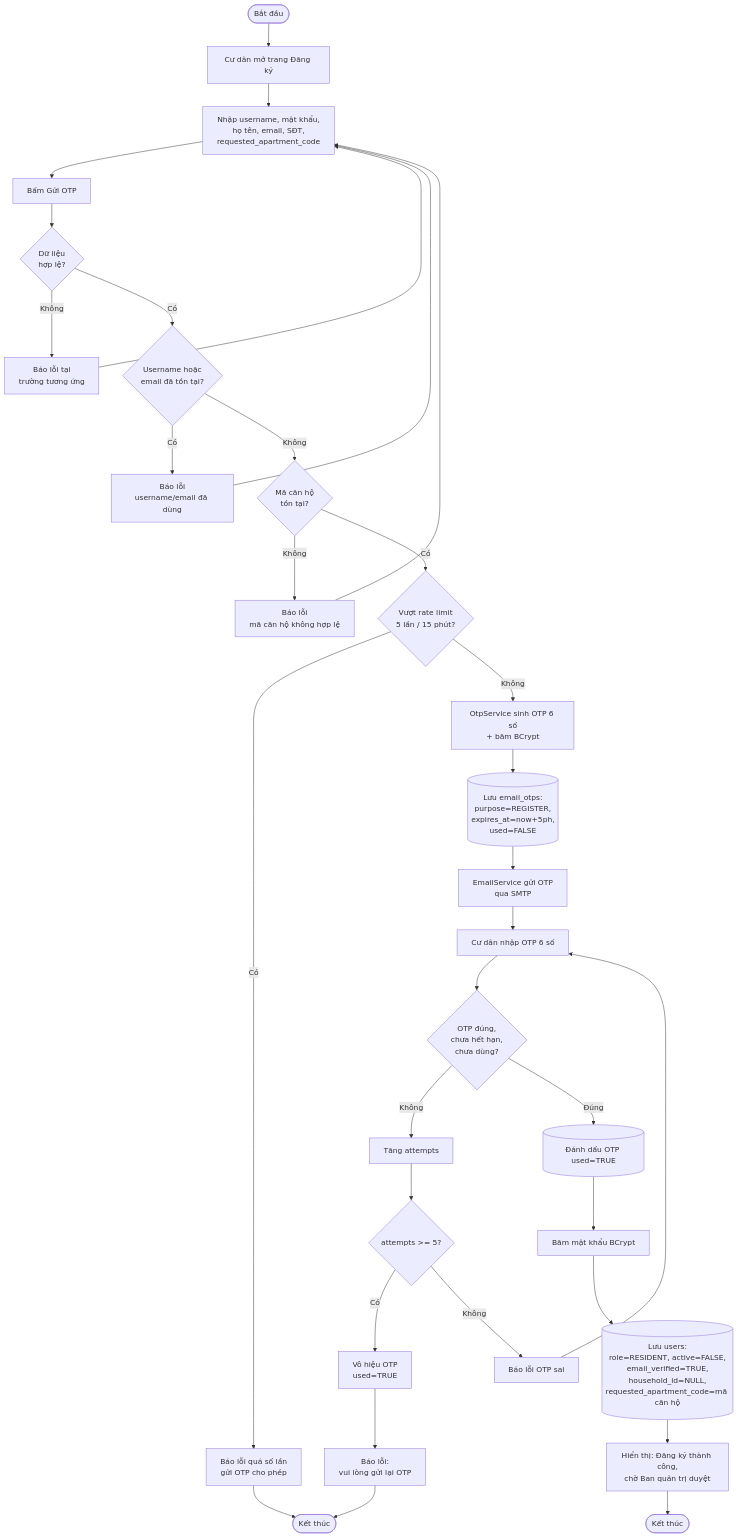
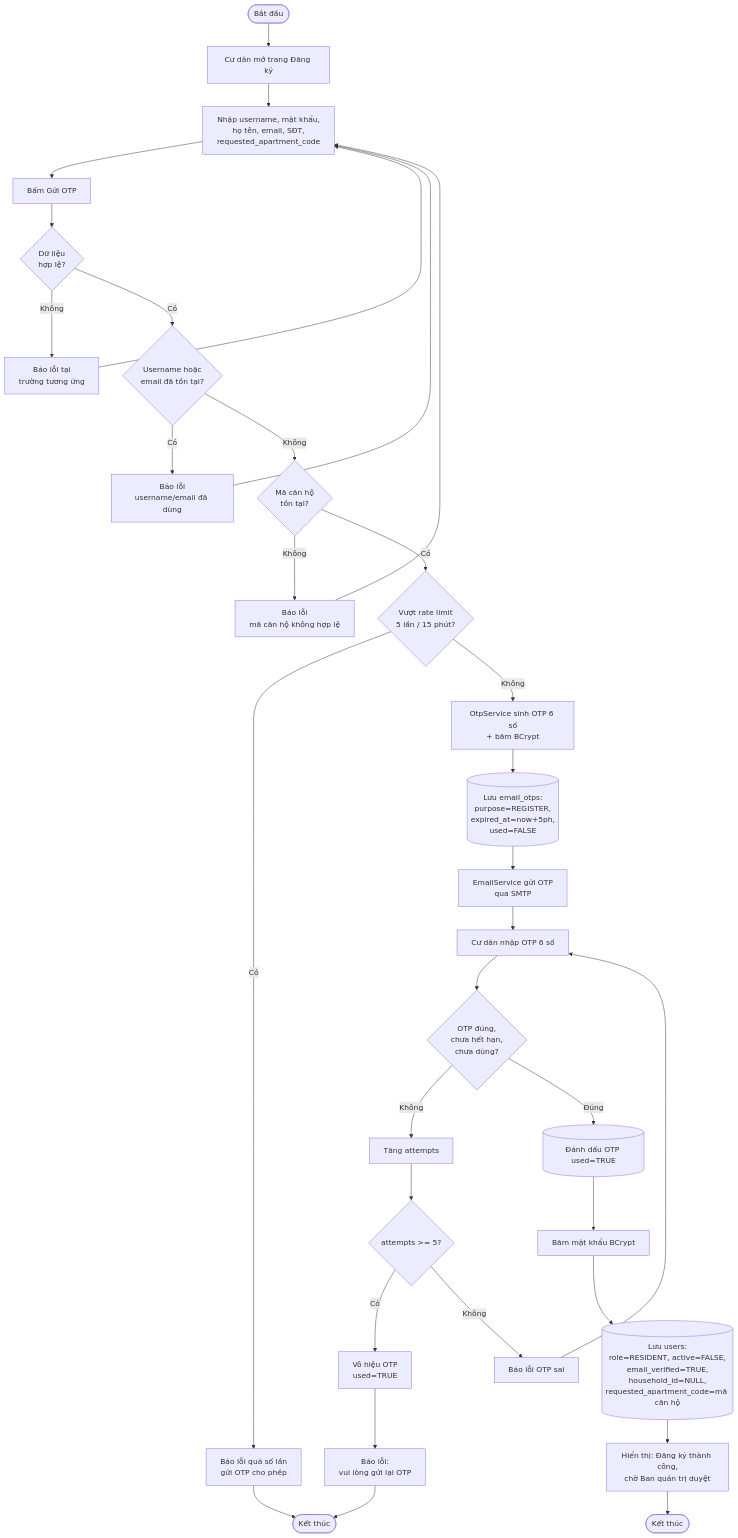
Before and after one commit to neveraccept/IT3180_2025.2_Nhom7: diagram 18 of 34 in docs/SDD.md, drawn with Mermaid. The commit also changed other lines of this file, not shown here.

````diff
--- a/docs/SDD.md
+++ b/docs/SDD.md
@@ -2418,35 +2431,35 @@
 ```mermaid
 flowchart TD
     Start([Bắt đầu]) --> Open[Cư dân mở trang Đăng ký]
     Open --> Fill[Nhập username, mật khẩu,<br/>họ tên, email, SĐT,<br/>requested_apartment_code]
     Fill --> Submit[Bấm Gửi OTP]
     Submit --> Valid{Dữ liệu<br/>hợp lệ?}
     Valid -- Không --> ShowErr[Báo lỗi tại<br/>trường tương ứng]
     ShowErr --> Fill
     Valid -- Có --> DupUser{Username hoặc<br/>email đã tồn tại?}
     DupUser -- Có --> ErrDup[Báo lỗi<br/>username/email đã dùng]
     ErrDup --> Fill
     DupUser -- Không --> CheckApt{Mã căn hộ<br/>tồn tại?}
     CheckApt -- Không --> ErrApt[Báo lỗi<br/>mã căn hộ không hợp lệ]
     ErrApt --> Fill
     CheckApt -- Có --> Rate{Vượt rate limit<br/>5 lần / 15 phút?}
     Rate -- Có --> ErrRate[Báo lỗi quá số lần<br/>gửi OTP cho phép]
     ErrRate --> End1([Kết thúc])
     Rate -- Không --> GenOTP[OtpService sinh OTP 6 số<br/>+ băm BCrypt]
-    GenOTP --> SaveOTP[(Lưu email_otps:<br/>purpose=REGISTER,<br/>expires_at=now+5ph,<br/>used=FALSE)]
+    GenOTP --> SaveOTP[(Lưu email_otps:<br/>purpose=REGISTER,<br/>expired_at=now+5ph,<br/>used=FALSE)]
     SaveOTP --> SendMail[EmailService gửi OTP<br/>qua SMTP]
     SendMail --> InputOTP[Cư dân nhập OTP 6 số]
     InputOTP --> Verify{OTP đúng,<br/>chưa hết hạn,<br/>chưa dùng?}
     Verify -- Không --> AttemptInc[Tăng attempts]
     AttemptInc --> AttemptCheck{attempts >= 5?}
     AttemptCheck -- Có --> Lock[Vô hiệu OTP<br/>used=TRUE]
     Lock --> ErrAtt[Báo lỗi:<br/>vui lòng gửi lại OTP]
     ErrAtt --> End1
     AttemptCheck -- Không --> ErrOtp[Báo lỗi OTP sai]
     ErrOtp --> InputOTP
     Verify -- Đúng --> MarkUsed[(Đánh dấu OTP used=TRUE)]
     MarkUsed --> Hash[Băm mật khẩu BCrypt]
     Hash --> Save[(Lưu users:<br/>role=RESIDENT, active=FALSE,<br/>email_verified=TRUE,<br/>household_id=NULL,<br/>requested_apartment_code=mã căn hộ)]
     Save --> Notify[Hiển thị: Đăng ký thành công,<br/>chờ Ban quản trị duyệt]
     Notify --> End([Kết thúc])
 ```
````
